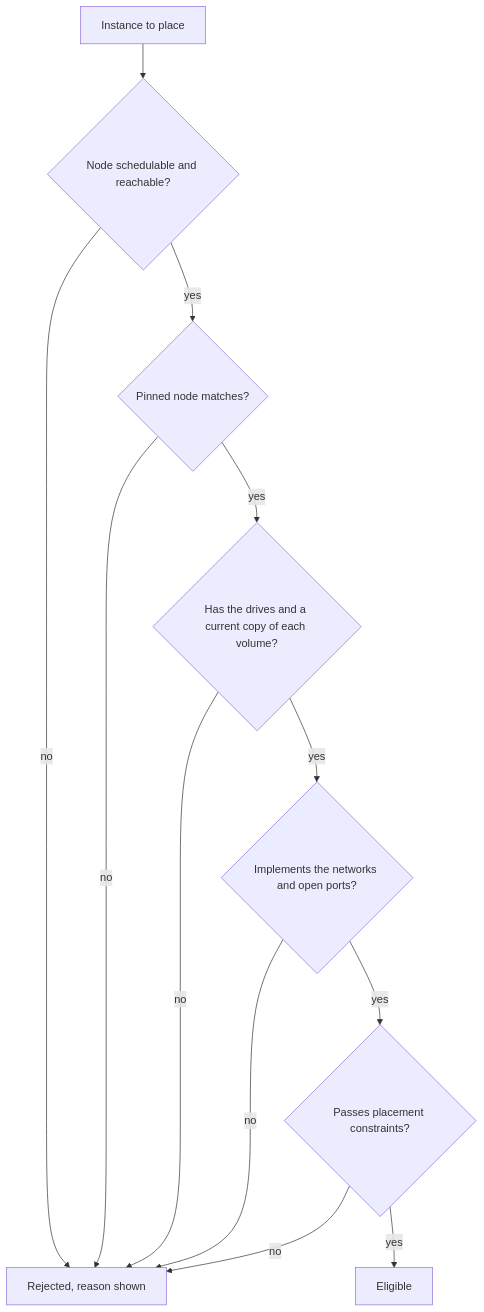
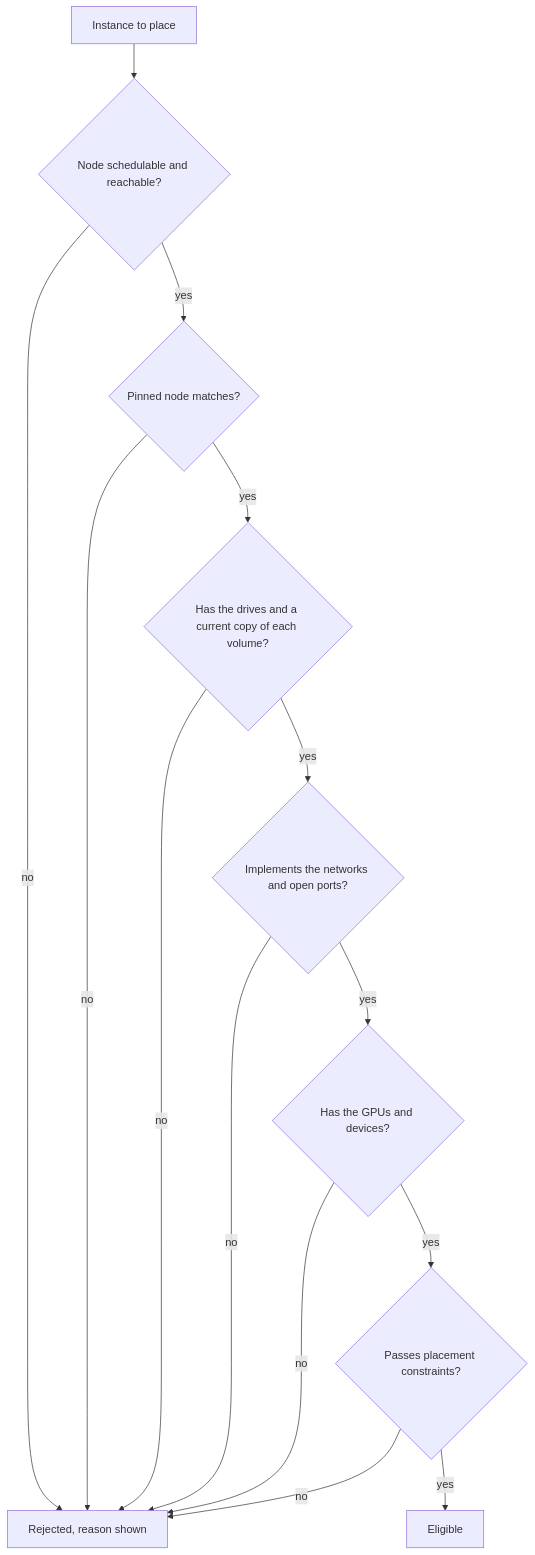
Before and after one commit to LiteApplication/clouduler: the diagram in docs/content/features/placement.mdx, drawn with Mermaid. The commit also changed other lines of this file and 41 other files, not shown here.

````diff
--- a/docs/content/features/placement.mdx
+++ b/docs/content/features/placement.mdx
@@ -14,14 +14,16 @@
 ```mermaid
 flowchart TD
   I[Instance to place] --> A{Node schedulable and reachable?}
   A -->|no| R[Rejected, reason shown]
   A -->|yes| B{Pinned node matches?}
   B -->|no| R
   B -->|yes| C{Has the drives and a current copy of each volume?}
   C -->|no| R
   C -->|yes| D{Implements the networks and open ports?}
   D -->|no| R
-  D -->|yes| E{Passes placement constraints?}
+  D -->|yes| G{Has the GPUs and devices?}
+  G -->|no| R
+  G -->|yes| E{Passes placement constraints?}
   E -->|no| R
   E -->|yes| OK[Eligible]
 ```
````
